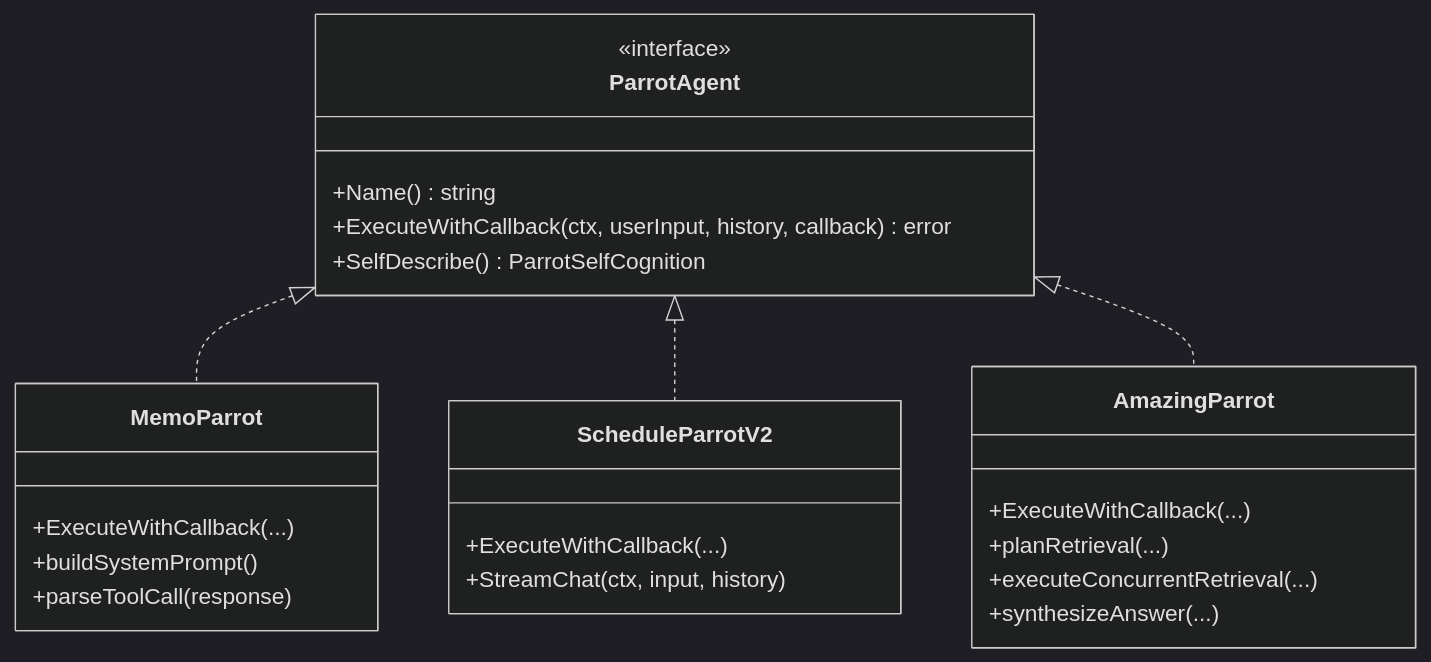
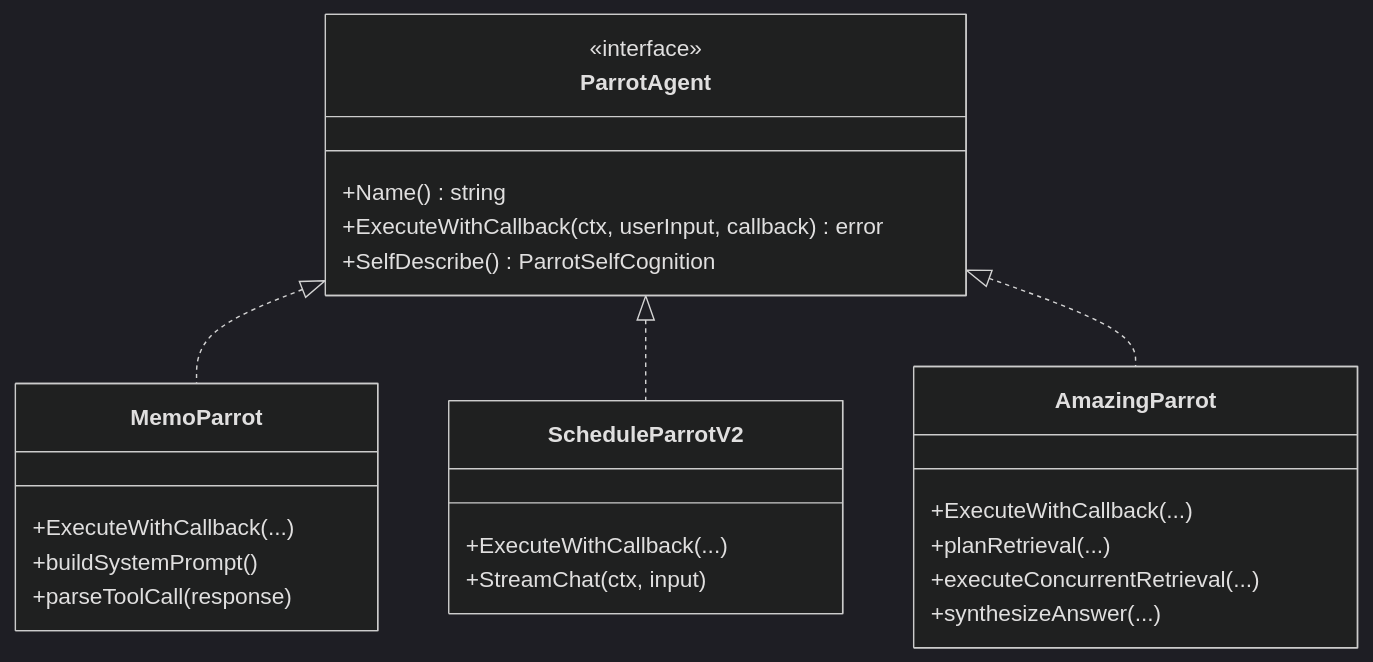
One commit to hrygo/memos changed the fifth of 7 diagrams in .qoder/repowiki/zh/content/AI 增强系统/AI 增强系统.md. Above: the diagram before and after it, drawn with Mermaid (dark theme). The commit also changed other lines of this file and 29 other files, not shown here.

````diff
--- a/.qoder/repowiki/zh/content/AI 增强系统/AI 增强系统.md
+++ b/.qoder/repowiki/zh/content/AI 增强系统/AI 增强系统.md
@@ -258,27 +266,27 @@
 ```mermaid
 classDiagram
 class ParrotAgent {
 <<interface>>
 +Name() string
-+ExecuteWithCallback(ctx, userInput, history, callback) error
++ExecuteWithCallback(ctx, userInput, callback) error
 +SelfDescribe() ParrotSelfCognition
 }
 class MemoParrot {
 +ExecuteWithCallback(...)
 +buildSystemPrompt()
 +parseToolCall(response)
 }
 class ScheduleParrotV2 {
 +ExecuteWithCallback(...)
-+StreamChat(ctx, input, history)
++StreamChat(ctx, input)
 }
 class AmazingParrot {
 +ExecuteWithCallback(...)
 +planRetrieval(...)
 +executeConcurrentRetrieval(...)
 +synthesizeAnswer(...)
 }
 ParrotAgent <|.. MemoParrot
 ParrotAgent <|.. ScheduleParrotV2
 ParrotAgent <|.. AmazingParrot
 ```
````
